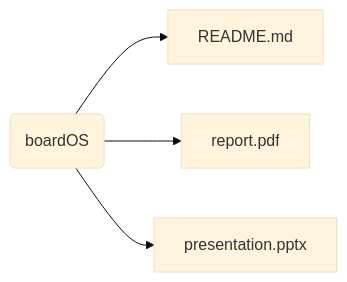
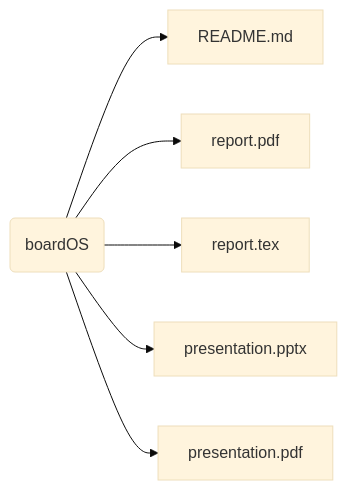
Before and after one commit to smokyisthatyou/STM32Nucleo64: the first of 4 diagrams in README.md, drawn with Mermaid. The commit also changed other lines of this file, not shown here.

````diff
--- a/README.md
+++ b/README.md
@@ -27,10 +27,12 @@
 ```mermaid
 %%{init: {'theme':'base'}}%%
 graph LR;
 b(boardOS)
 b-->README.md;
-b-->report.pdf;            
+b-->report.pdf;   
+b-->report.tex;         
 b-->presentation.pptx;
+b-->presentation.pdf;
 
 click b href "https://baltig.polito.it/caos2023/group2/-/tree/boardOS" "Link to boardOS";
 ```
````
